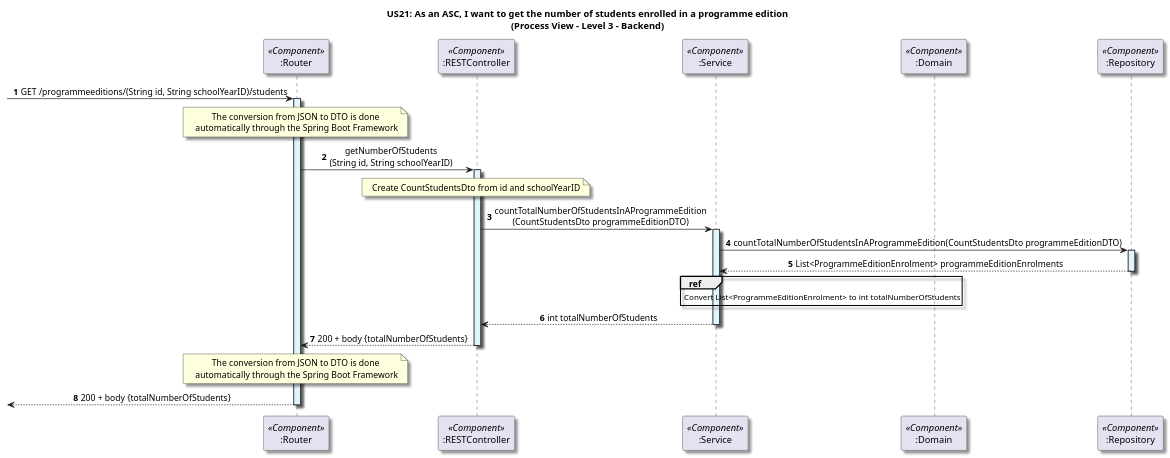
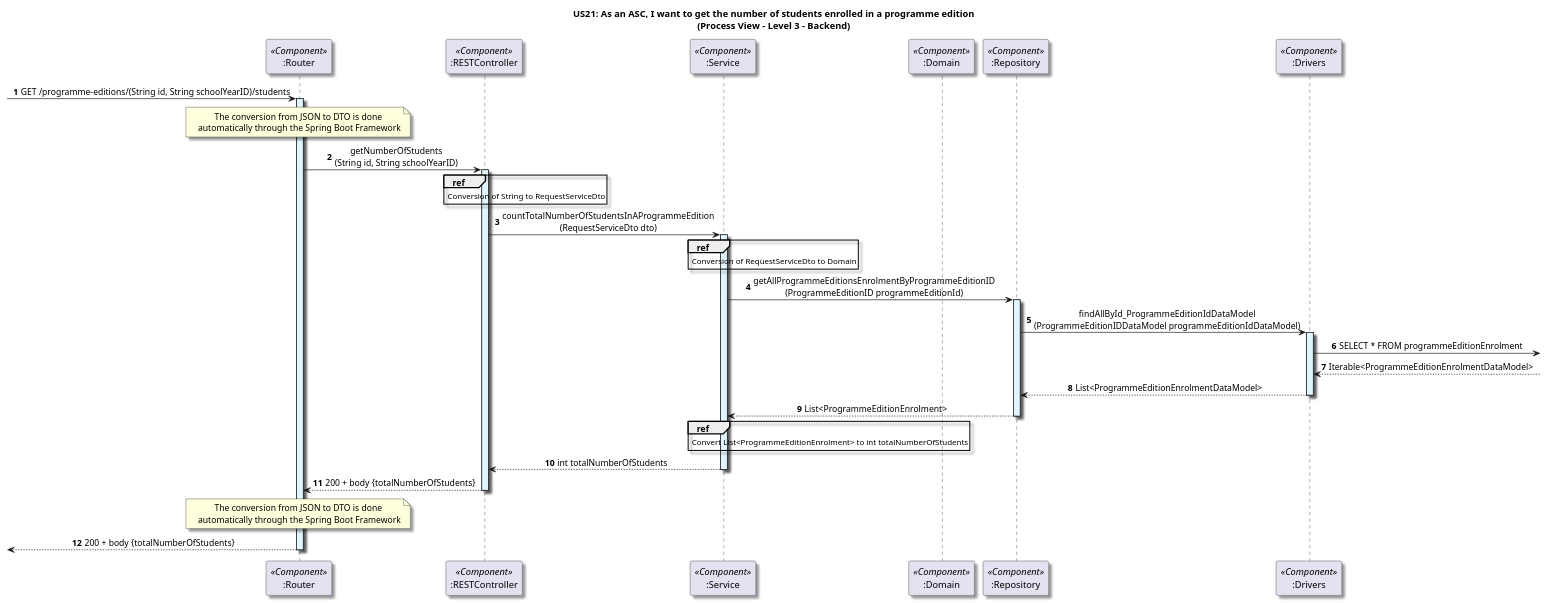
Before and after one commit to GasparISEP/DevOps-PAI: the diagram in docs/US21/Sprint7/ProcessView/Level3Granularity.puml, drawn with PlantUML.

Commit message:
feat(Level3Granularity): update Process View UML diagram for programme editions enrolment retrieval flow  (#672 #666)

```diff
--- a/docs/US21/Sprint7/ProcessView/Level3Granularity.puml
+++ b/docs/US21/Sprint7/ProcessView/Level3Granularity.puml
@@ -1,51 +1,66 @@
 @startuml
 
 title US21: As an ASC, I want to get the number of students enrolled in a programme edition\n(Process View - Level 3 - Backend)
 
 skinparam defaultTextAlignment center
 skinparam shadowing true
 
 autonumber
 
 participant ":Router" as router <<Component>>
 participant ":RESTController" as controller <<Component>>
 participant ":Service" as service <<Component>>
 participant ":Domain" as domain <<Component>>
 participant ":Repository" as repository <<Component>>
+participant ":Drivers" as drivers <<Component>>
 
--> router: GET /programmeeditions/(String id, String schoolYearID)/students
+-> router: GET /programme-editions/(String id, String schoolYearID)/students
 activate router #E1F5FE
 
 note over router: The conversion from JSON to DTO is done\n automatically through the Spring Boot Framework
 
 router -> controller: getNumberOfStudents\n(String id, String schoolYearID)
 activate controller #E1F5FE
-note over controller
-Create CountStudentsDto from id and schoolYearID
-end note
-controller -> service: countTotalNumberOfStudentsInAProgrammeEdition\n(CountStudentsDto programmeEditionDTO)
+
+ref over controller
+Conversion of String to RequestServiceDto
+end ref
+
+controller -> service: countTotalNumberOfStudentsInAProgrammeEdition\n(RequestServiceDto dto)
 activate service #E1F5FE
 
+ref over service
+Conversion of RequestServiceDto to Domain
+end ref
 
-service -> repository: countTotalNumberOfStudentsInAProgrammeEdition(CountStudentsDto programmeEditionDTO)
+service -> repository: getAllProgrammeEditionsEnrolmentByProgrammeEditionID\n(ProgrammeEditionID programmeEditionId)
 activate repository #E1F5FE
 
-repository --> service:List<ProgrammeEditionEnrolment> programmeEditionEnrolments
+repository -> drivers: findAllById_ProgrammeEditionIdDataModel\n(ProgrammeEditionIDDataModel programmeEditionIdDataModel)
+activate drivers #E1F5FE
+
+drivers -> :SELECT * FROM programmeEditionEnrolment
+drivers <--: Iterable<ProgrammeEditionEnrolmentDataModel>
+
+drivers --> repository: List<ProgrammeEditionEnrolmentDataModel>
+deactivate drivers
+
+repository --> service:List<ProgrammeEditionEnrolment>
 deactivate repository
 
 ref over service
     Convert List<ProgrammeEditionEnrolment> to int totalNumberOfStudents
 end
 
 service --> controller: int totalNumberOfStudents
 deactivate service
 
 controller --> router: 200 + body {totalNumberOfStudents}
 deactivate controller
 
 note over router: The conversion from JSON to DTO is done\n automatically through the Spring Boot Framework
 
 <-- router: 200 + body {totalNumberOfStudents}
 deactivate router
 
 @enduml
```
